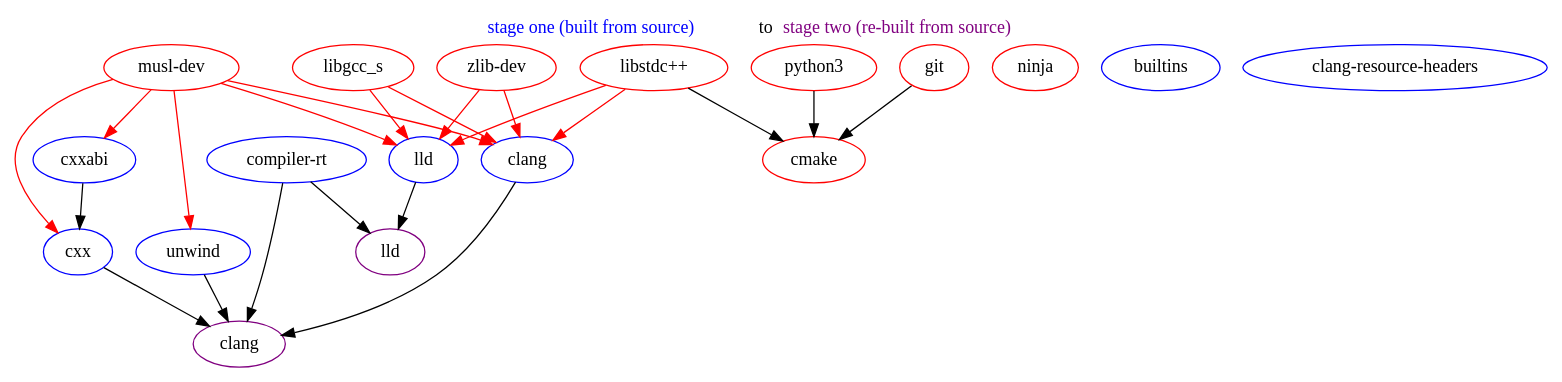
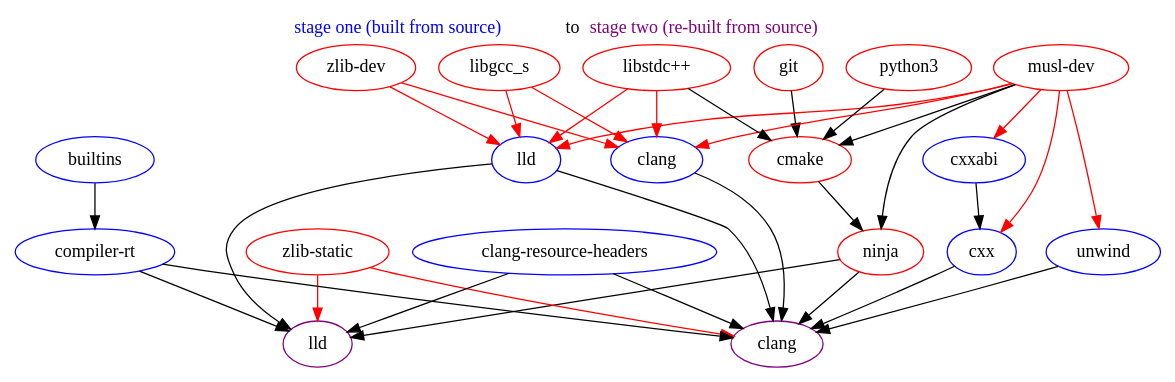
The diagram in llvm-project/stage2.dot (ClangBuiltLinux/containers), drawn with Graphviz before and after one commit. The commit also changed 1 other file, not shown here.

Commit message:
update stage2 dot files a bit

```diff
--- a/llvm-project/stage2.dot
+++ b/llvm-project/stage2.dot
@@ -1,46 +1,58 @@
 digraph {
   label=<<FONT COLOR="blue">stage one (built from source) </FONT>to <FONT COLOR="purple">stage two (re-built from source)</FONT>>
   labelloc=t
   // inputs
+  stage_zero_cmake [label="cmake",color=red]
+  stage_zero_gcc [label="libgcc_s",color=red]
+  stage_zero_git [label="git",color=red]
   stage_zero_musl [label="musl-dev",color=red]
-  stage_zero_cmake [label="cmake",color=red]
   stage_zero_ninja [label="ninja",color=red]
   stage_zero_python [label="python3",color=red]
+  stage_zero_stdcxx [label="libstdc++",color=red]
   stage_zero_zlib [label="zlib-dev",color=red]
-  stage_zero_git [label="git",color=red]
-  stage_zero_stdcxx [label="libstdc++",color=red]
-  stage_zero_gcc [label="libgcc_s",color=red]
+  stage_zero_zlib_s [label="zlib-static",color=red]
   stage_one_builtins [label="builtins",color=blue]
+  stage_one_clang [label="clang",color=blue]
+  stage_one_cxx [label="cxx",color=blue]
+  stage_one_cxxabi [label="cxxabi",color=blue]
+  stage_one_hdrs [label="clang-resource-headers",color=blue]
+  stage_one_lld [label="lld",color=blue]
   stage_one_rtlib [label="compiler-rt",color=blue]
   stage_one_unwind [label="unwind",color=blue]
-  stage_one_cxxabi [label="cxxabi",color=blue]
-  stage_one_cxx [label="cxx",color=blue]
-  stage_one_clang [label="clang",color=blue]
-  stage_one_lld [label="lld",color=blue]
-  r [label="clang-resource-headers",color=blue]
   // outputs
   stage_two_clang [label="clang",color=purple]
   stage_two_lld [label="lld",color=purple]
   // dependencies (dependee -> dependent; dependent depends on dependee)
-  stage_zero_musl -> stage_one_clang [color=red]
-  stage_zero_zlib -> stage_one_clang [color=red]
-  stage_zero_stdcxx -> stage_one_clang [color=red]
-  stage_zero_gcc -> stage_one_clang [color=red]
-  stage_zero_musl -> stage_one_lld [color=red]
-  stage_zero_zlib -> stage_one_lld [color=red]
-  stage_zero_stdcxx -> stage_one_lld [color=red]
-  stage_zero_gcc -> stage_one_lld [color=red]
-  stage_zero_python -> stage_zero_cmake
-  stage_zero_git -> stage_zero_cmake
-  stage_zero_stdcxx -> stage_zero_cmake
-  stage_zero_musl -> stage_one_unwind [color=red]
-  stage_zero_musl -> stage_one_cxxabi [color=red]
-  stage_zero_musl -> stage_one_cxx [color=red]
+  stage_one_builtins -> stage_one_rtlib
+  stage_one_clang -> stage_two_clang
+  stage_one_cxx -> stage_two_clang
   stage_one_cxxabi -> stage_one_cxx
-  stage_one_clang -> stage_two_clang
+  stage_one_hdrs -> stage_two_clang
+  stage_one_hdrs -> stage_two_lld
+  stage_one_lld -> stage_two_clang
   stage_one_lld -> stage_two_lld
-  stage_one_unwind -> stage_two_clang
-  stage_one_cxx -> stage_two_clang
   stage_one_rtlib -> stage_two_clang
   stage_one_rtlib -> stage_two_lld
+  stage_one_unwind -> stage_two_clang
+  stage_zero_cmake -> stage_zero_ninja
+  stage_zero_gcc -> stage_one_clang [color=red]
+  stage_zero_gcc -> stage_one_lld [color=red]
+  stage_zero_git -> stage_zero_cmake
+  stage_zero_musl -> stage_one_clang [color=red]
+  stage_zero_musl -> stage_one_cxx [color=red]
+  stage_zero_musl -> stage_one_cxxabi [color=red]
+  stage_zero_musl -> stage_one_lld [color=red]
+  stage_zero_musl -> stage_one_unwind [color=red]
+  stage_zero_musl -> stage_zero_cmake
+  stage_zero_musl -> stage_zero_ninja
+  stage_zero_ninja -> stage_two_clang
+  stage_zero_ninja -> stage_two_lld
+  stage_zero_python -> stage_zero_cmake
+  stage_zero_stdcxx -> stage_one_clang [color=red]
+  stage_zero_stdcxx -> stage_one_lld [color=red]
+  stage_zero_stdcxx -> stage_zero_cmake
+  stage_zero_zlib -> stage_one_clang [color=red]
+  stage_zero_zlib -> stage_one_lld [color=red]
+  stage_zero_zlib_s -> stage_two_clang [color=red]
+  stage_zero_zlib_s -> stage_two_lld [color=red]
 }
```
